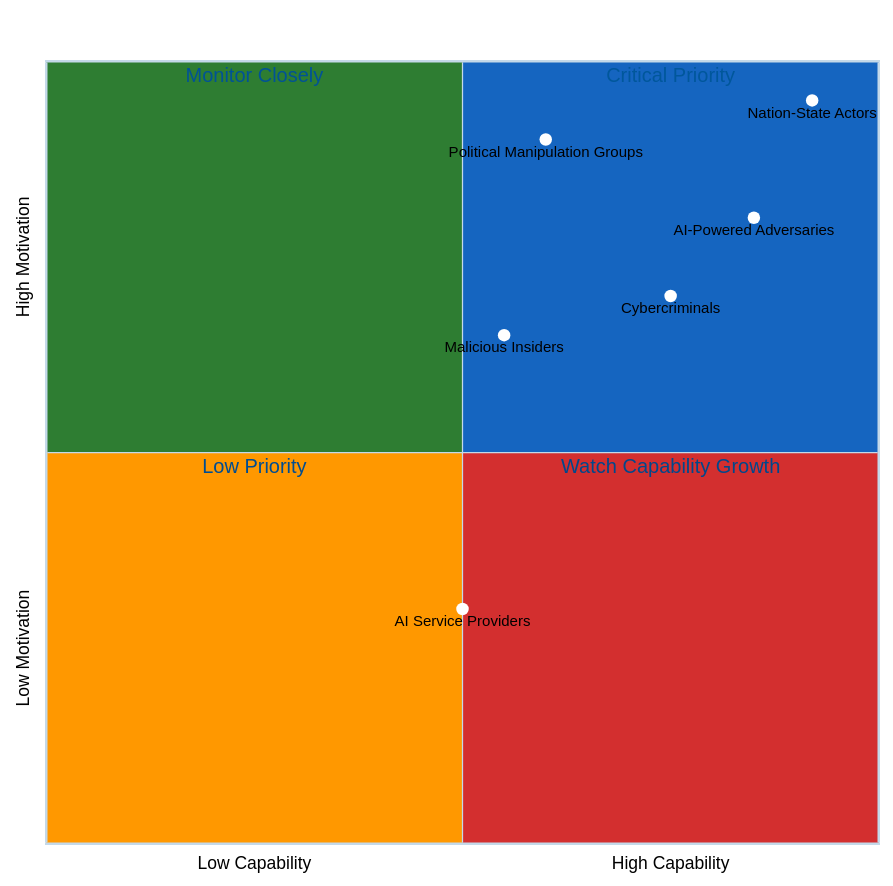
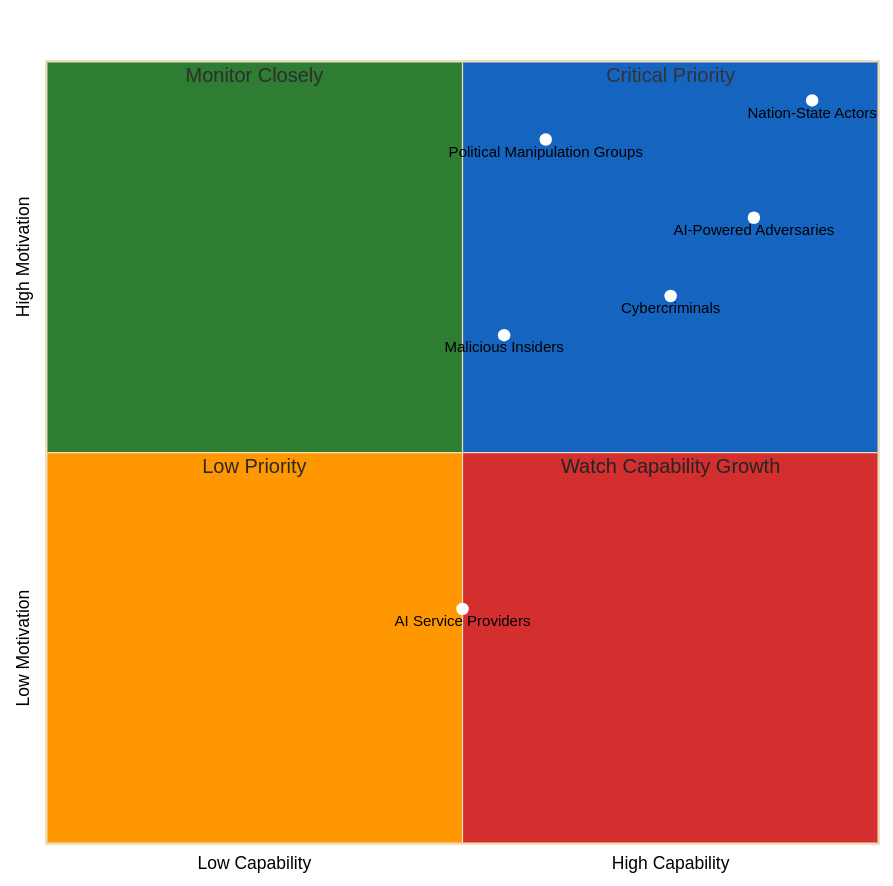
Before and after one commit to Hack23/cia: the third of 7 diagrams in FUTURE_THREAT_MODEL.md, drawn with Mermaid. The commit also changed other lines of this file and 1 other file, not shown here.

Commit message:
fix: remove duplicate init blocks in THREAT_MODEL.md and FUTURE_THREAT_MODEL.md
Agent-Logs-Url: https://github.com/Hack23/cia/sessions/e574c177-17b8-42f1-83d0-327c4ec8831a

````diff
--- a/FUTURE_THREAT_MODEL.md
+++ b/FUTURE_THREAT_MODEL.md
@@ -346,49 +346,41 @@
 ```mermaid
 %%{init: {
   "theme": "base",
   "themeVariables": {
     "quadrant1Fill": "#1565C0",
     "quadrant2Fill": "#2E7D32",
     "quadrant3Fill": "#FF9800",
     "quadrant4Fill": "#D32F2F",
     "quadrantTitleFill": "#ffffff",
     "quadrantPointFill": "#ffffff",
     "quadrantPointTextFill": "#000000",
     "quadrantXAxisTextFill": "#000000",
     "quadrantYAxisTextFill": "#000000"
   },
   "quadrantChart": {
     "chartWidth": 700,
     "chartHeight": 700,
     "pointLabelFontSize": 12,
     "titleFontSize": 20,
     "quadrantLabelFontSize": 16,
     "xAxisLabelFontSize": 14,
     "yAxisLabelFontSize": 14
   }
 }}%%
-%%{
-  init: {
-    "theme": "base",
-    "themeVariables": {
-      "primaryColor": "#e3f2fd",
-      "primaryTextColor": "#01579b"
-    }
-  }
-}%%
+
 quadrantChart
     title Threat Agent Capability vs Motivation (Future State)
     x-axis Low Capability --> High Capability
     y-axis Low Motivation --> High Motivation
     quadrant-1 Critical Priority
     quadrant-2 Monitor Closely
     quadrant-3 Low Priority
     quadrant-4 Watch Capability Growth
     "Nation-State Actors": [0.92, 0.95]
     "AI-Powered Adversaries": [0.85, 0.80]
     "Political Manipulation Groups": [0.60, 0.90]
     "Cybercriminals": [0.75, 0.70]
     "Malicious Insiders": [0.55, 0.65]
     "AI Service Providers": [0.50, 0.30]
 
 ```
````
